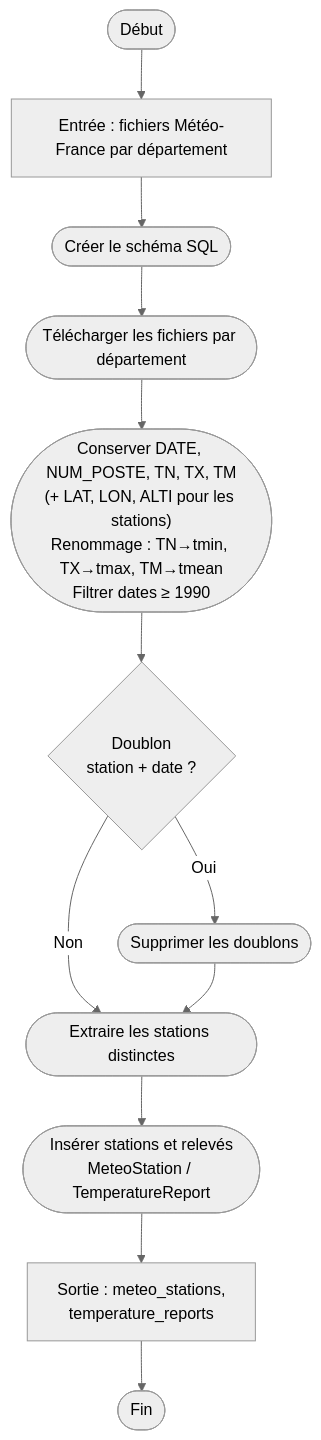
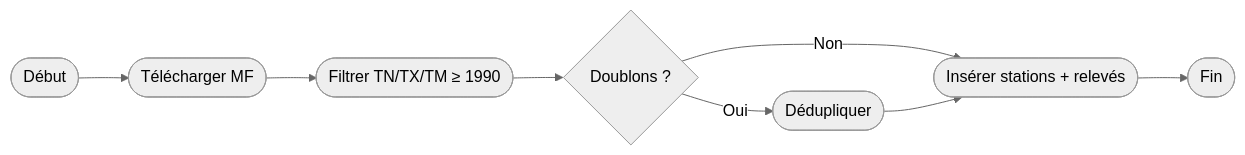
Before and after one commit to gabriel-dahan/ensai-it-project-2a-team12: the first of 8 diagrams in doc/activity_diagram.md, drawn with Mermaid (neutral theme). The commit also changed other lines of this file and 30688 other files, not shown here.

````diff
--- a/doc/activity_diagram.md
+++ b/doc/activity_diagram.md
@@ -8,14 +8,10 @@
 ```mermaid
-flowchart TD
-    start([Début]) --> entree["Entrée : fichiers Météo-France par département"]
-    entree --> createDb([Créer le schéma SQL])
-    createDb --> weather([Télécharger les fichiers par département])
-    weather --> filterMeteo(["Conserver DATE, NUM_POSTE, TN, TX, TM\n(+ LAT, LON, ALTI pour les stations)\nRenommage : TN→tmin, TX→tmax, TM→tmean\nFiltrer dates ≥ 1990"])
-    filterMeteo --> dedup{Doublon\nstation + date ?}
-    dedup -->|Oui| dropDup([Supprimer les doublons])
-    dedup -->|Non| stations
-    dropDup --> stations([Extraire les stations distinctes])
-    stations --> saveMeteo(["Insérer stations et relevés\nMeteoStation / TemperatureReport"])
-    saveMeteo --> sortie["Sortie : meteo_stations,\ntemperature_reports"]
-    sortie --> ready([Fin])
+flowchart LR
+    start([Début]) --> dl([Télécharger MF])
+    dl --> filter([Filtrer TN/TX/TM ≥ 1990])
+    filter --> dedup{Doublons ?}
+    dedup -->|Oui| drop([Dédupliquer])
+    dedup -->|Non| save
+    drop --> save([Insérer stations + relevés])
+    save --> ready([Fin])
 ```
````
